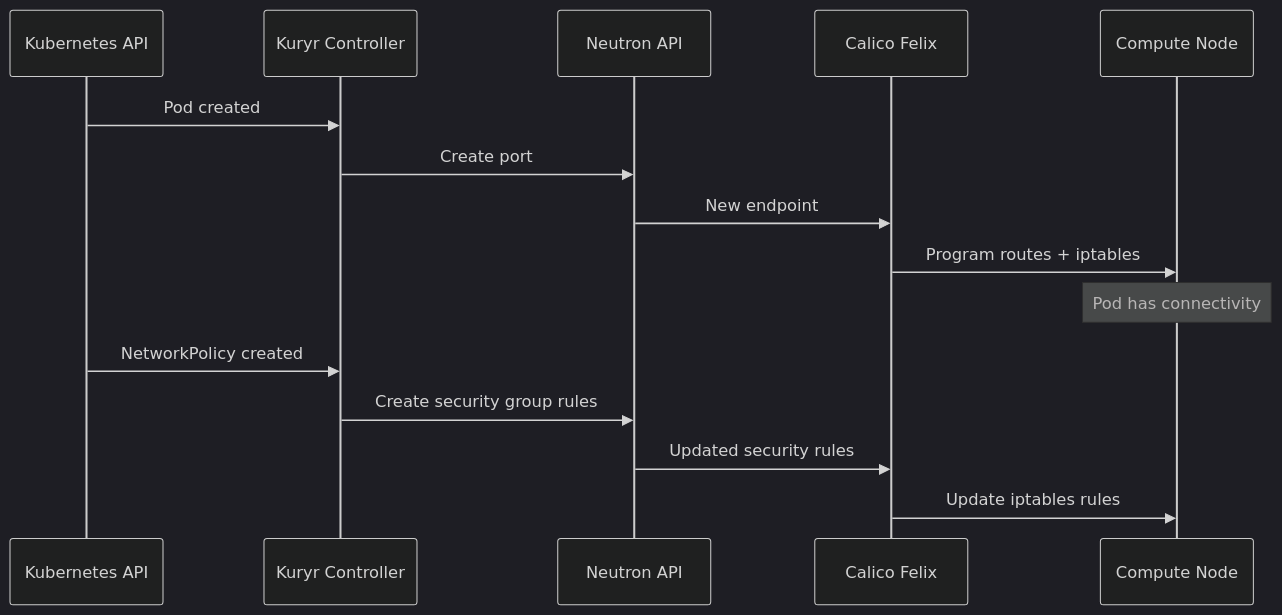
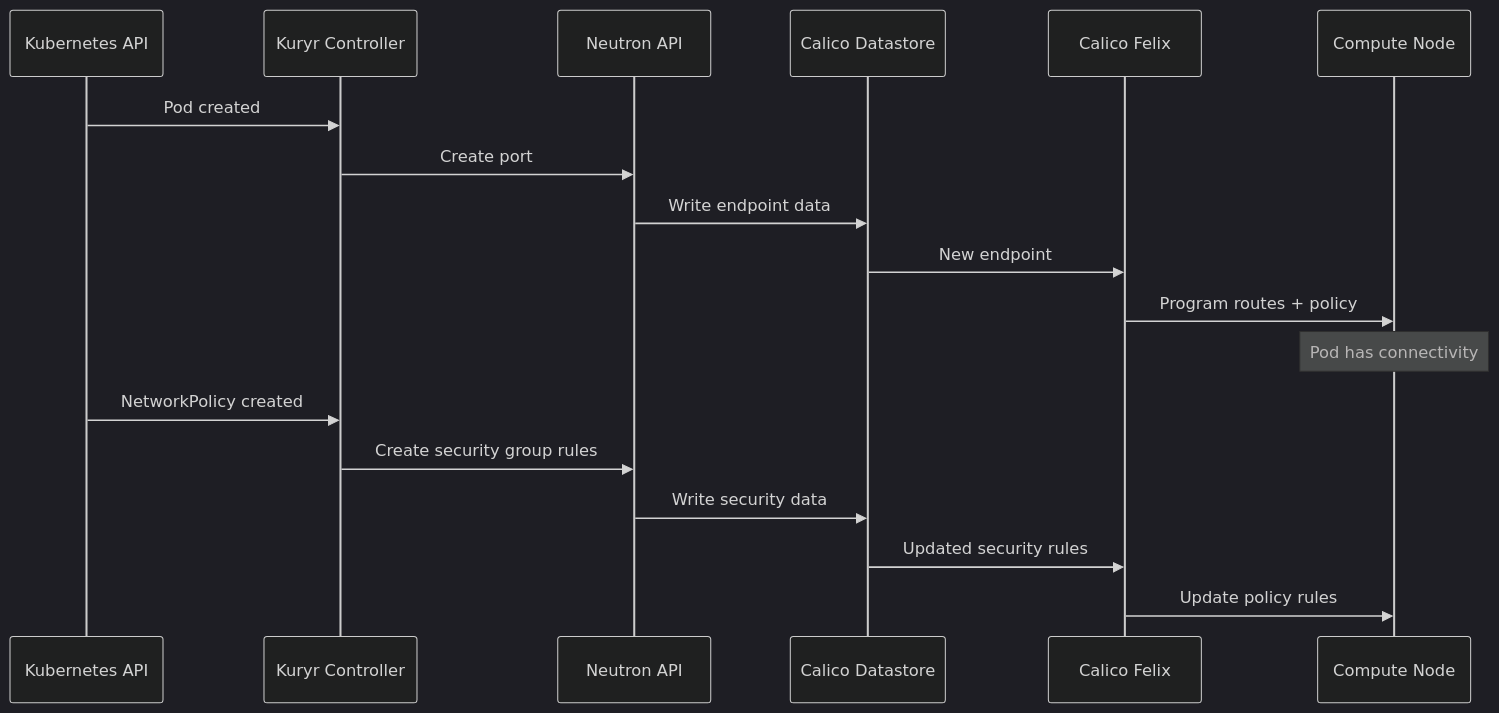
The diagram in posts/2026-03-14-document-openstack-kuryr-calico/README.md (OneUptime/blog), drawn with Mermaid (dark theme) before and after one commit. The commit also changed other lines of this file and 2 other files, not shown here.

Commit message:
validate: 2026-03-14-document-openstack-kuryr-calico

````diff
--- a/posts/2026-03-14-document-openstack-kuryr-calico/README.md
+++ b/posts/2026-03-14-document-openstack-kuryr-calico/README.md
@@ -28,19 +28,22 @@
 ```mermaid
 sequenceDiagram
     participant K8s as Kubernetes API
     participant Kuryr as Kuryr Controller
     participant Neutron as Neutron API
+    participant Calico as Calico Datastore
     participant Felix as Calico Felix
     participant Node as Compute Node
 
     K8s->>Kuryr: Pod created
     Kuryr->>Neutron: Create port
-    Neutron->>Felix: New endpoint
-    Felix->>Node: Program routes + iptables
+    Neutron->>Calico: Write endpoint data
+    Calico->>Felix: New endpoint
+    Felix->>Node: Program routes + policy
     Note over Node: Pod has connectivity
 
     K8s->>Kuryr: NetworkPolicy created
     Kuryr->>Neutron: Create security group rules
-    Neutron->>Felix: Updated security rules
-    Felix->>Node: Update iptables rules
+    Neutron->>Calico: Write security data
+    Calico->>Felix: Updated security rules
+    Felix->>Node: Update policy rules
 ```
````
